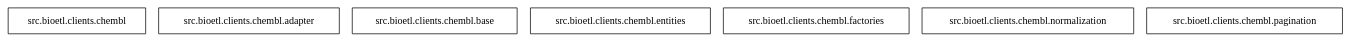
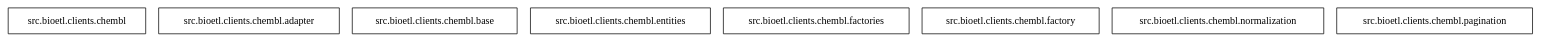
The diagram in diagrams/dot/chembl/packages_bioetl_clients_chembl.dot (SatoryKono/bioactivity_data_acquisition), drawn with Graphviz before and after one commit. The commit also changed 96 other files, not shown here.

```diff
--- a/diagrams/dot/chembl/packages_bioetl_clients_chembl.dot
+++ b/diagrams/dot/chembl/packages_bioetl_clients_chembl.dot
@@ -1,11 +1,12 @@
 digraph "packages_bioetl_clients_chembl" {
 rankdir=BT
 charset="utf-8"
 "src.bioetl.clients.chembl" [color="black", label=<src.bioetl.clients.chembl>, shape="box", style="solid"];
 "src.bioetl.clients.chembl.adapter" [color="black", label=<src.bioetl.clients.chembl.adapter>, shape="box", style="solid"];
 "src.bioetl.clients.chembl.base" [color="black", label=<src.bioetl.clients.chembl.base>, shape="box", style="solid"];
 "src.bioetl.clients.chembl.entities" [color="black", label=<src.bioetl.clients.chembl.entities>, shape="box", style="solid"];
 "src.bioetl.clients.chembl.factories" [color="black", label=<src.bioetl.clients.chembl.factories>, shape="box", style="solid"];
+"src.bioetl.clients.chembl.factory" [color="black", label=<src.bioetl.clients.chembl.factory>, shape="box", style="solid"];
 "src.bioetl.clients.chembl.normalization" [color="black", label=<src.bioetl.clients.chembl.normalization>, shape="box", style="solid"];
 "src.bioetl.clients.chembl.pagination" [color="black", label=<src.bioetl.clients.chembl.pagination>, shape="box", style="solid"];
 }
```
